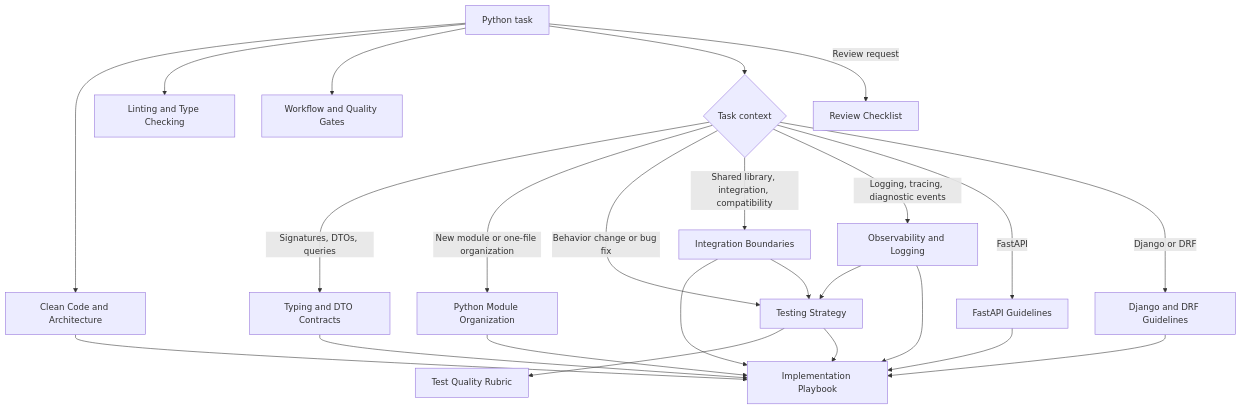
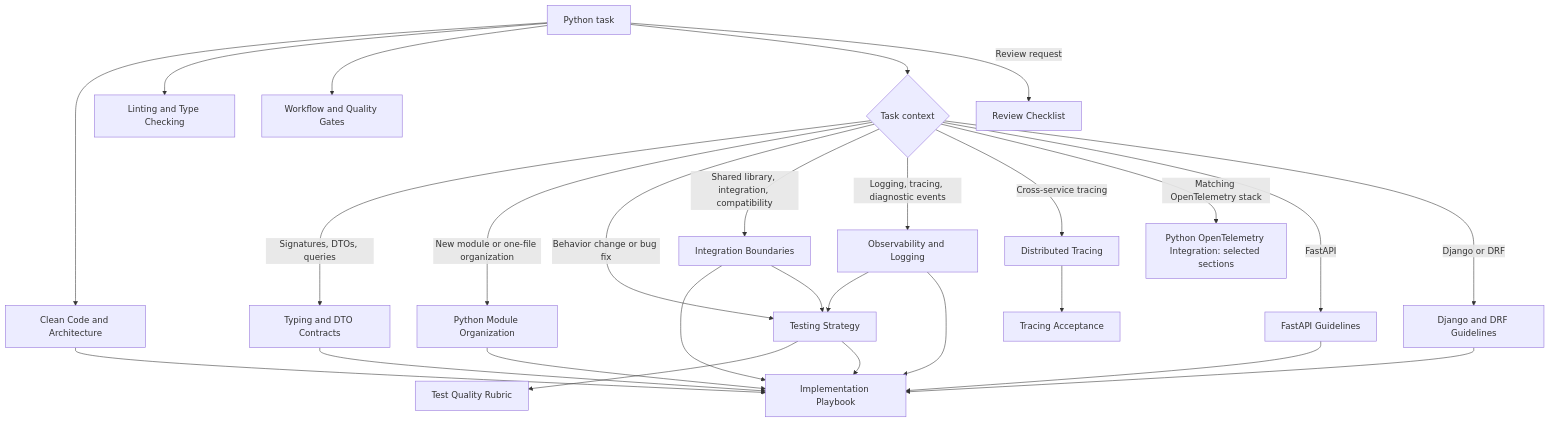
The diagram in 00 Maps/Python Guidelines Context Map.md (allexandrsokollov/main_obsidian_vault), drawn with Mermaid before and after one commit. The commit also changed other lines of this file and 10 other files, not shown here.

````diff
--- a/00 Maps/Python Guidelines Context Map.md
+++ b/00 Maps/Python Guidelines Context Map.md
@@ -25,26 +26,29 @@
 ```mermaid
 flowchart TD
     A["Python task"] --> C["Clean Code and Architecture"]
     A --> L["Linting and Type Checking"]
     A --> W["Workflow and Quality Gates"]
     A --> T{"Task context"}
     T -->|"Signatures, DTOs, queries"| Y["Typing and DTO Contracts"]
     T -->|"New module or one-file organization"| M["Python Module Organization"]
     T -->|"Behavior change or bug fix"| X["Testing Strategy"]
     X --> Q["Test Quality Rubric"]
     T -->|"Shared library, integration, compatibility"| B["Integration Boundaries"]
     T -->|"Logging, tracing, diagnostic events"| O["Observability and Logging"]
+    T -->|"Cross-service tracing"| V["Distributed Tracing"]
+    V --> E["Tracing Acceptance"]
+    T -->|"Matching OpenTelemetry stack"| P["Python OpenTelemetry Integration: selected sections"]
     T -->|"FastAPI"| F["FastAPI Guidelines"]
     T -->|"Django or DRF"| D["Django and DRF Guidelines"]
     C --> I["Implementation Playbook"]
     Y --> I
     M --> I
     X --> I
     B --> I
     B --> X
     O --> X
     O --> I
     F --> I
     D --> I
     A -->|"Review request"| R["Review Checklist"]
 ```
````
